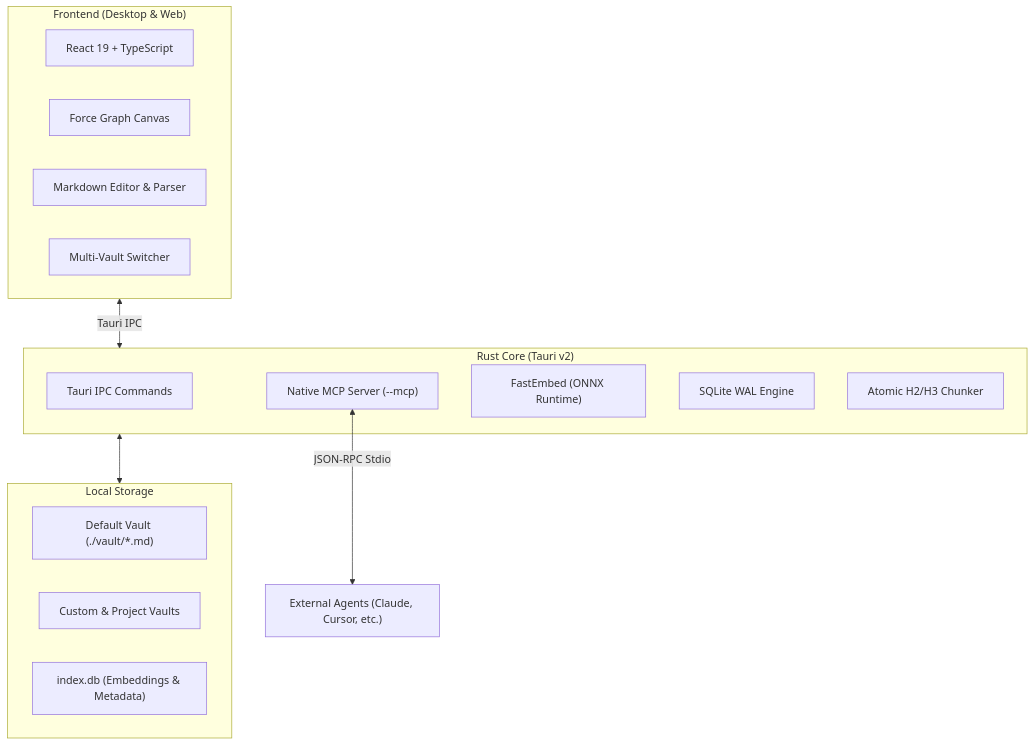
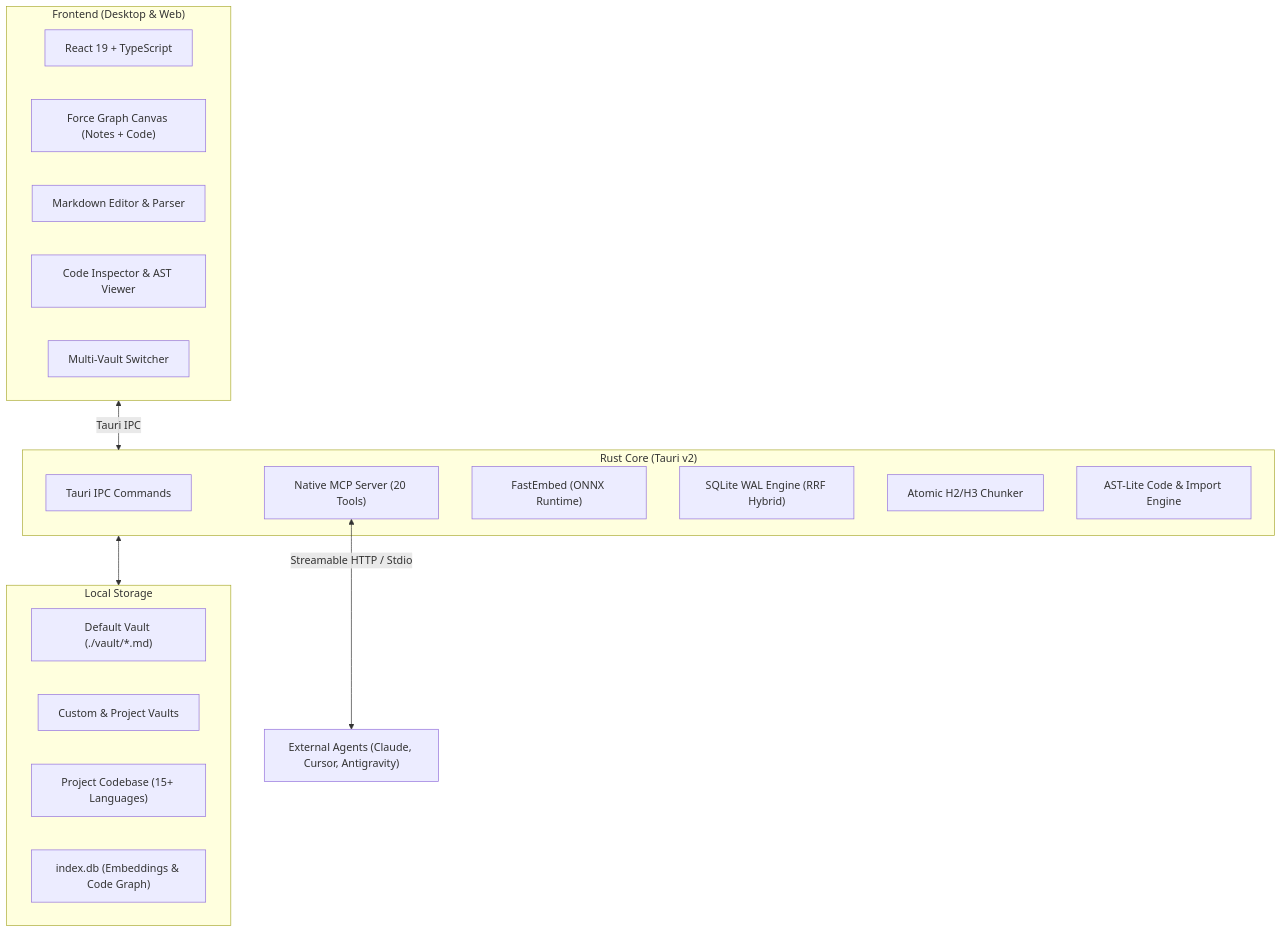
The diagram in README.md (GabrielTBeserra/GraphFinder), drawn with Mermaid before and after one commit. The commit also changed other lines of this file and 38 other files, not shown here.

Commit message:
feat: add full Tauri UI application with graph, code inspector, MCP, and search support

````diff
--- a/README.md
+++ b/README.md
@@ -157,27 +364,30 @@
 ```mermaid
 flowchart TB
     subgraph Frontend ["Frontend (Desktop & Web)"]
         React["React 19 + TypeScript"]
-        ForceGraph["Force Graph Canvas"]
+        ForceGraph["Force Graph Canvas (Notes + Code)"]
         Editor["Markdown Editor & Parser"]
+        CodeInspector["Code Inspector & AST Viewer"]
         VaultSwitcher["Multi-Vault Switcher"]
     end
 
     subgraph RustCore ["Rust Core (Tauri v2)"]
         IPC["Tauri IPC Commands"]
-        MCPServer["Native MCP Server (--mcp)"]
+        MCPServer["Native MCP Server (20 Tools)"]
         FastEmbedEngine["FastEmbed (ONNX Runtime)"]
-        SQLiteEngine["SQLite WAL Engine"]
+        SQLiteEngine["SQLite WAL Engine (RRF Hybrid)"]
         Chunker["Atomic H2/H3 Chunker"]
+        CodeEngine["AST-Lite Code & Import Engine"]
     end
 
     subgraph Storage ["Local Storage"]
         VaultDir["Default Vault (./vault/*.md)"]
         VaultsDir["Custom & Project Vaults"]
-        DB["index.db (Embeddings & Metadata)"]
+        CodebaseDir["Project Codebase (15+ Languages)"]
+        DB["index.db (Embeddings & Code Graph)"]
     end
 
     Frontend <-->|Tauri IPC| RustCore
-    MCPServer <-->|JSON-RPC Stdio| AI["External Agents (Claude, Cursor, etc.)"]
+    MCPServer <-->|Streamable HTTP / Stdio| AI["External Agents (Claude, Cursor, Antigravity)"]
     RustCore <--> Storage
 ```
````
